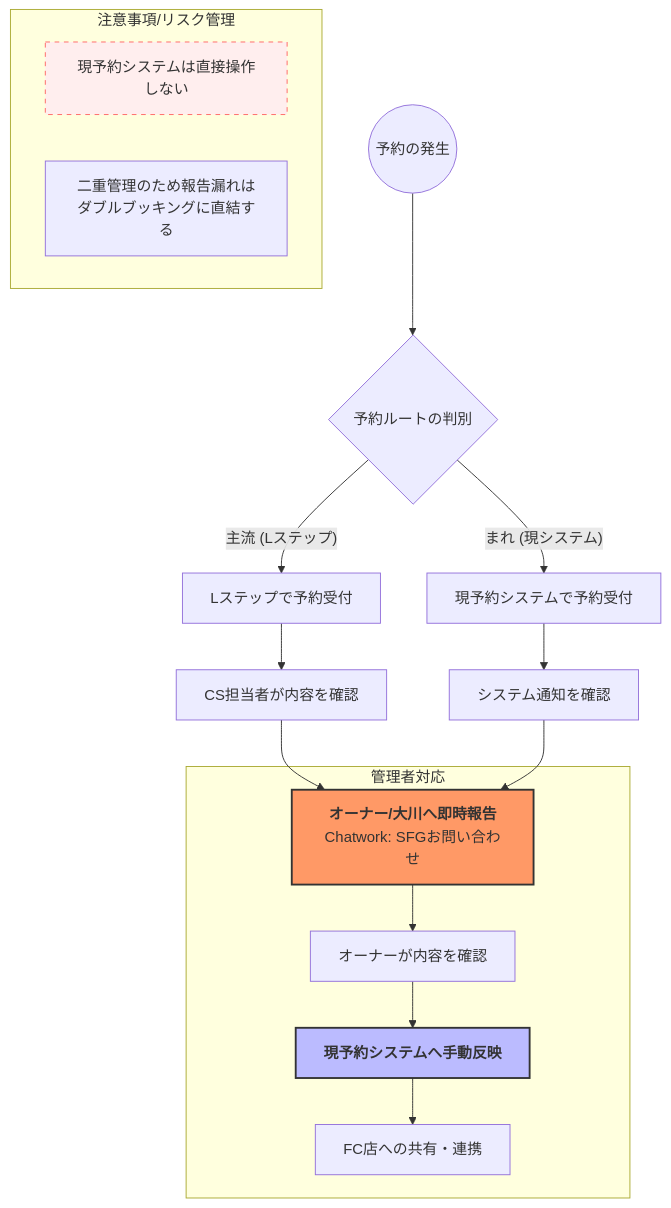
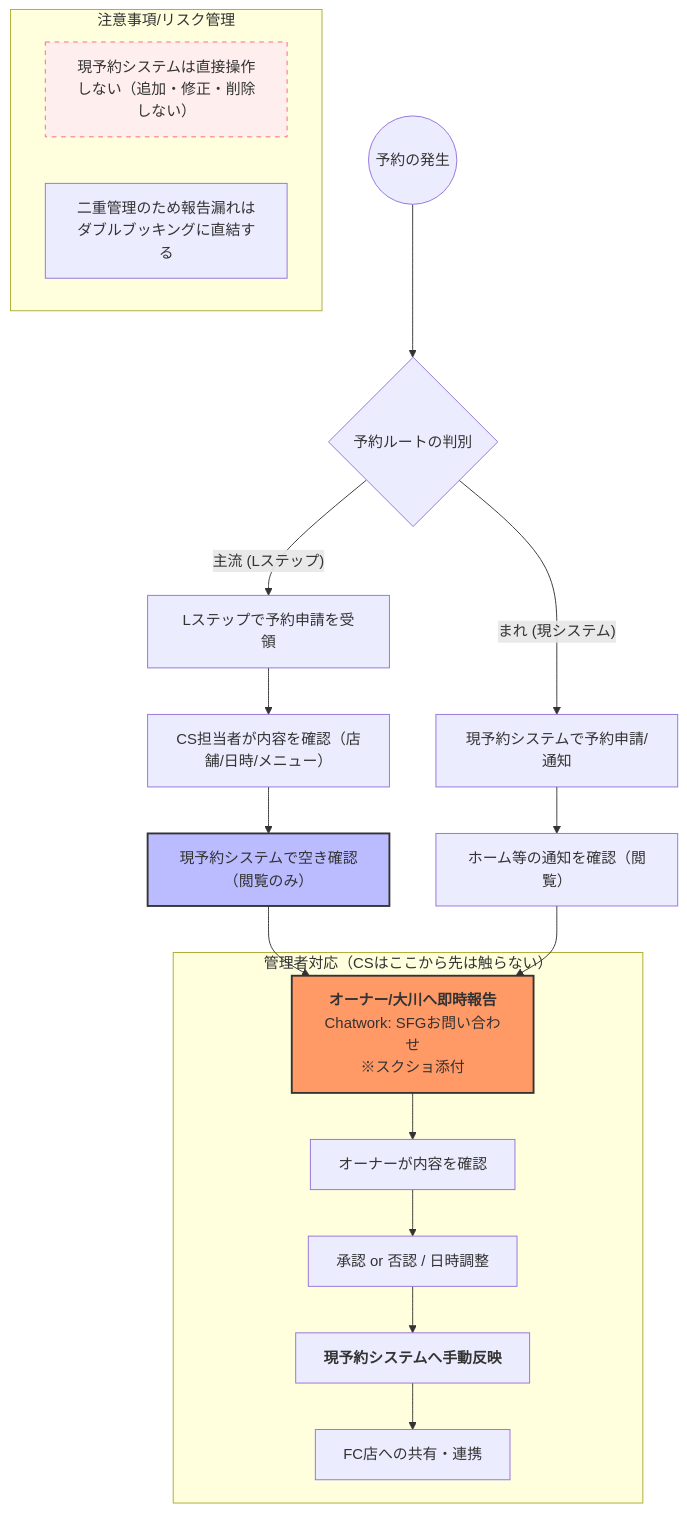
Before and after one commit to HarumasaSuzuki-dm/WorkSpaces: the diagram in 07.Shape/Shape_program_v2/CS業務引き継ぎマニュアル/03. SFG（ジム事業）対応実務.md, drawn with Mermaid. The commit also changed other lines of this file and 216 other files, not shown here.

````diff
--- a/07.Shape/Shape_program_v2/CS業務引き継ぎマニュアル/03. SFG（ジム事業）対応実務.md
+++ b/07.Shape/Shape_program_v2/CS業務引き継ぎマニュアル/03. SFG（ジム事業）対応実務.md
@@ -67,30 +81,32 @@
 ```mermaid
 graph TD
     Start((予約の発生)) --> Route{予約ルートの判別}
 
     %% Lステップルート
-    Route -- "主流 (Lステップ)" --> LStep[Lステップで予約受付]
-    LStep --> CS_Check[CS担当者が内容を確認]
-    CS_Check --> CS_Report[<b>オーナー/大川へ即時報告</b><br/>Chatwork: SFGお問い合わせ]
-    
-    subgraph 管理者対応
+    Route -- "主流 (Lステップ)" --> LStep[Lステップで予約申請を受領]
+    LStep --> CS_Check[CS担当者が内容を確認（店舗/日時/メニュー）]
+    CS_Check --> OldSys_Check[現予約システムで空き確認（閲覧のみ）]
+    OldSys_Check --> CS_Report[<b>オーナー/大川へ即時報告</b><br/>Chatwork: SFGお問い合わせ<br/>※スクショ添付]
+
+    subgraph AdminAction [管理者対応（CSはここから先は触らない）]
     CS_Report --> Owner_Action[オーナーが内容を確認]
-    Owner_Action --> System_Sync[<b>現予約システムへ手動反映</b>]
+    Owner_Action --> ApproveOrDeny[承認 or 否認 / 日時調整]
+    ApproveOrDeny --> System_Sync[<b>現予約システムへ手動反映</b>]
     System_Sync --> FC_Link[FC店への共有・連携]
     end
 
     %% 現システムルート
-    Route -- "まれ (現システム)" --> OldSys[現予約システムで予約受付]
-    OldSys --> Sys_Notice[システム通知を確認]
+    Route -- "まれ (現システム)" --> OldSys[現予約システムで予約申請/通知]
+    OldSys --> Sys_Notice[ホーム等の通知を確認（閲覧）]
     Sys_Notice --> CS_Report
 
     %% 注意事項
-    subgraph 注意事項/リスク管理
-    Alert1[現予約システムは直接操作しない]
+    subgraph Attention [注意事項/リスク管理]
+    Alert1[現予約システムは直接操作しない（追加・修正・削除しない）]
     Alert2[二重管理のため報告漏れは<br/>ダブルブッキングに直結する]
     end
 
     style CS_Report fill:#f96,stroke:#333,stroke-width:2px
-    style System_Sync fill:#bbf,stroke:#333,stroke-width:2px
+    style OldSys_Check fill:#bbf,stroke:#333,stroke-width:2px
     style Alert1 fill:#fee,stroke:#f66,stroke-dasharray: 5 5
 ```
````
